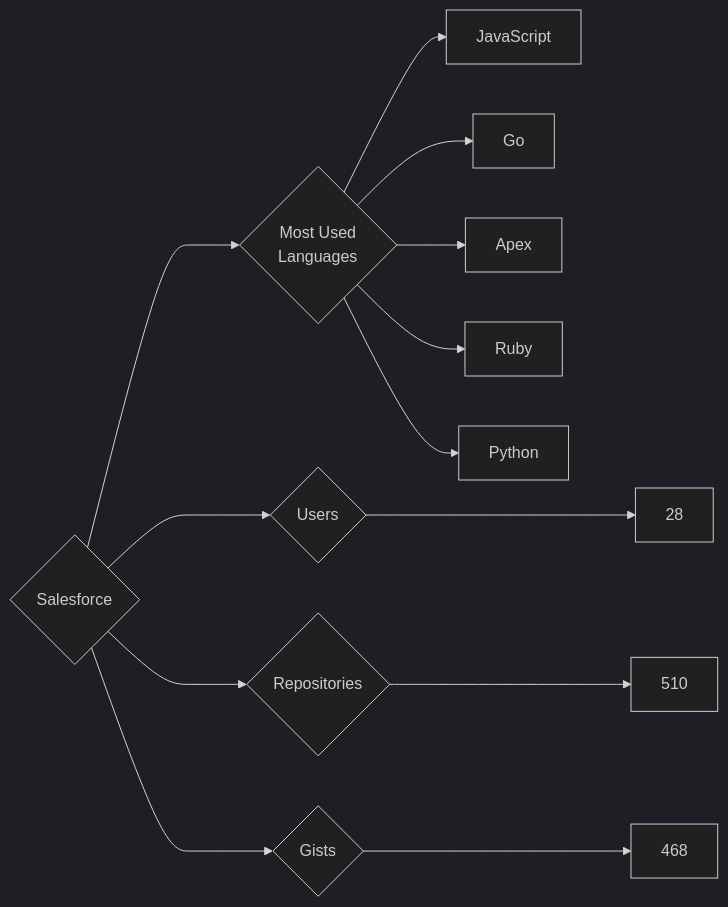
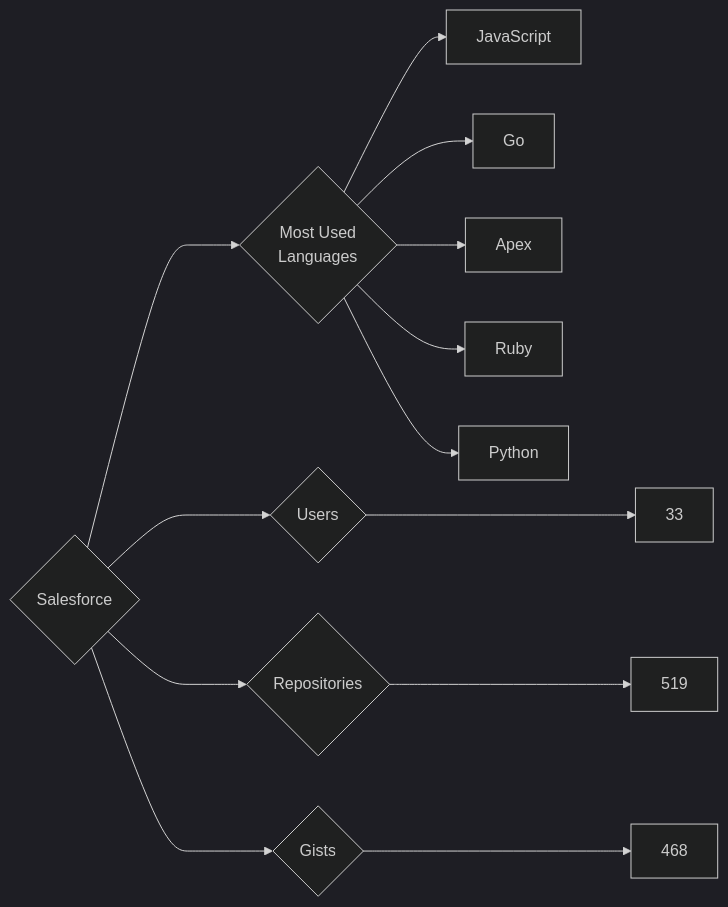
One commit to trickest/insiders changed the diagram in targets/Salesforce/README.md. Above: the diagram before and after it, drawn with Mermaid (dark theme). The commit also changed 444 other files, not shown here.

````diff
--- a/targets/Salesforce/README.md
+++ b/targets/Salesforce/README.md
@@ -3,13 +3,13 @@
 ```mermaid
 graph LR
 COMPANY_NAME{Salesforce}
-COMPANY_NAME ---> U{Users} ---> UN[28]
-COMPANY_NAME ---> R{Repositories} ---> RN[510]
+COMPANY_NAME ---> U{Users} ---> UN[33]
+COMPANY_NAME ---> R{Repositories} ---> RN[519]
 COMPANY_NAME ---> G{Gists} ---> GN[468]
 COMPANY_NAME ---> ML{Most Used<br>Languages}
 ML --> JavaScript[JavaScript]
 ML --> Go[Go]
 ML --> Apex[Apex]
 ML --> Ruby[Ruby]
 ML --> Python[Python]
 ```
````
